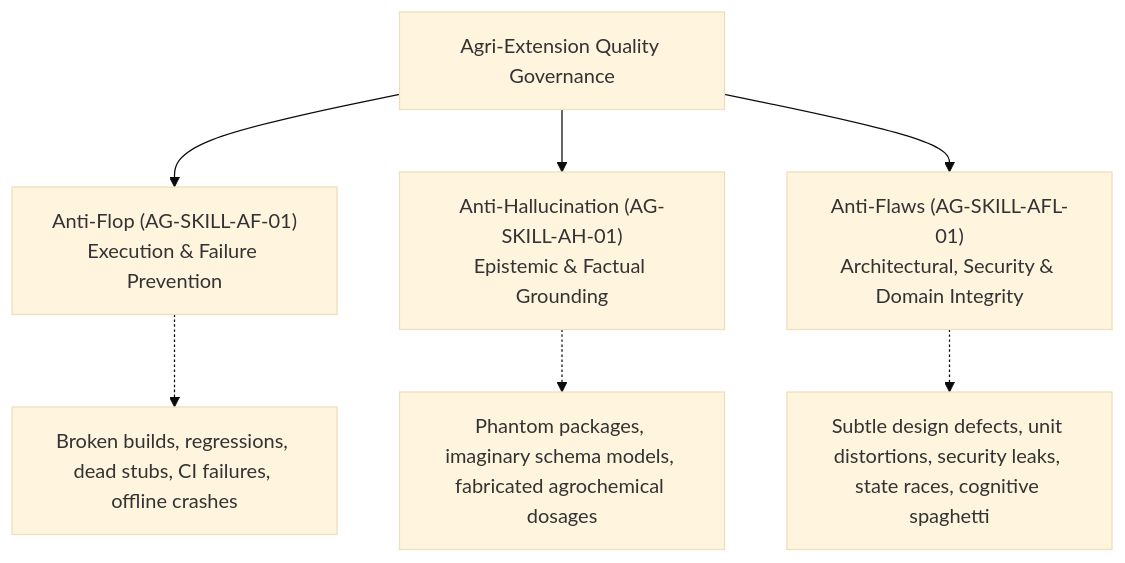
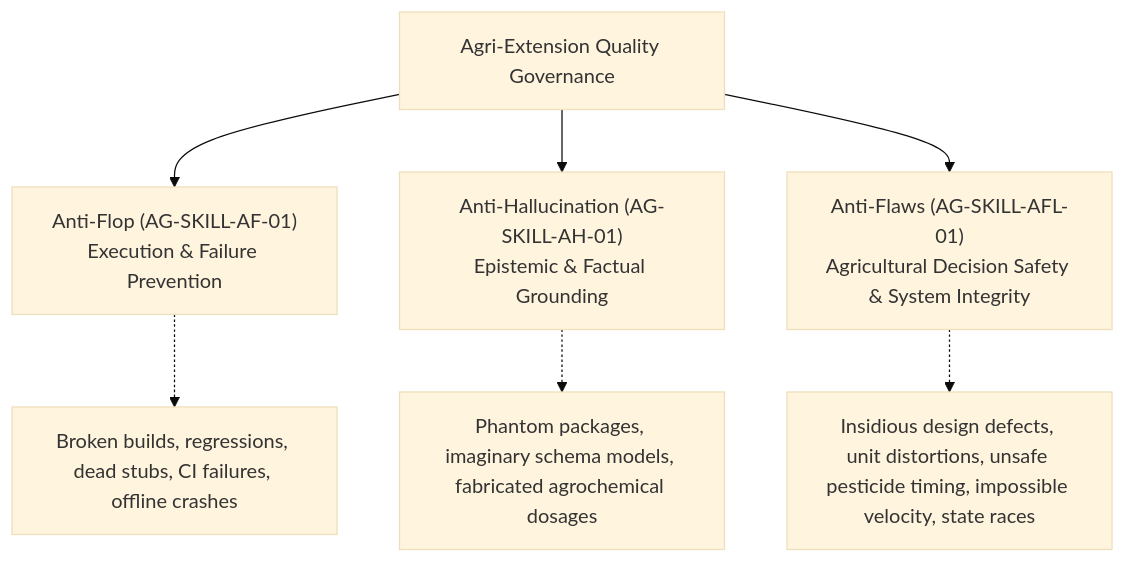
The first of 3 diagrams in Anti-Flaws.md (psalmprax/ag_extension_decision_support), drawn with Mermaid (base theme) before and after one commit. The commit also changed other lines of this file, not shown here.

Commit message:
docs(anti-flaws): align protocol with agricultural operating environment, decision safety gate, and frontend-backend anti-flaws

````diff
--- a/Anti-Flaws.md
+++ b/Anti-Flaws.md
@@ -20,10 +25,10 @@
 ```mermaid
 flowchart TD
     A["Agri-Extension Quality Governance"] --> B["Anti-Flop (AG-SKILL-AF-01)<br/>Execution & Failure Prevention"]
     A --> C["Anti-Hallucination (AG-SKILL-AH-01)<br/>Epistemic & Factual Grounding"]
-    A --> D["Anti-Flaws (AG-SKILL-AFL-01)<br/>Architectural, Security & Domain Integrity"]
+    A --> D["Anti-Flaws (AG-SKILL-AFL-01)<br/>Agricultural Decision Safety & System Integrity"]
 
     B -.-> B1["Broken builds, regressions, dead stubs, CI failures, offline crashes"]
     C -.-> C1["Phantom packages, imaginary schema models, fabricated agrochemical dosages"]
-    D -.-> D1["Subtle design defects, unit distortions, security leaks, state races, cognitive spaghetti"]
+    D -.-> D1["Insidious design defects, unit distortions, unsafe pesticide timing, impossible velocity, state races"]
 ```
````
